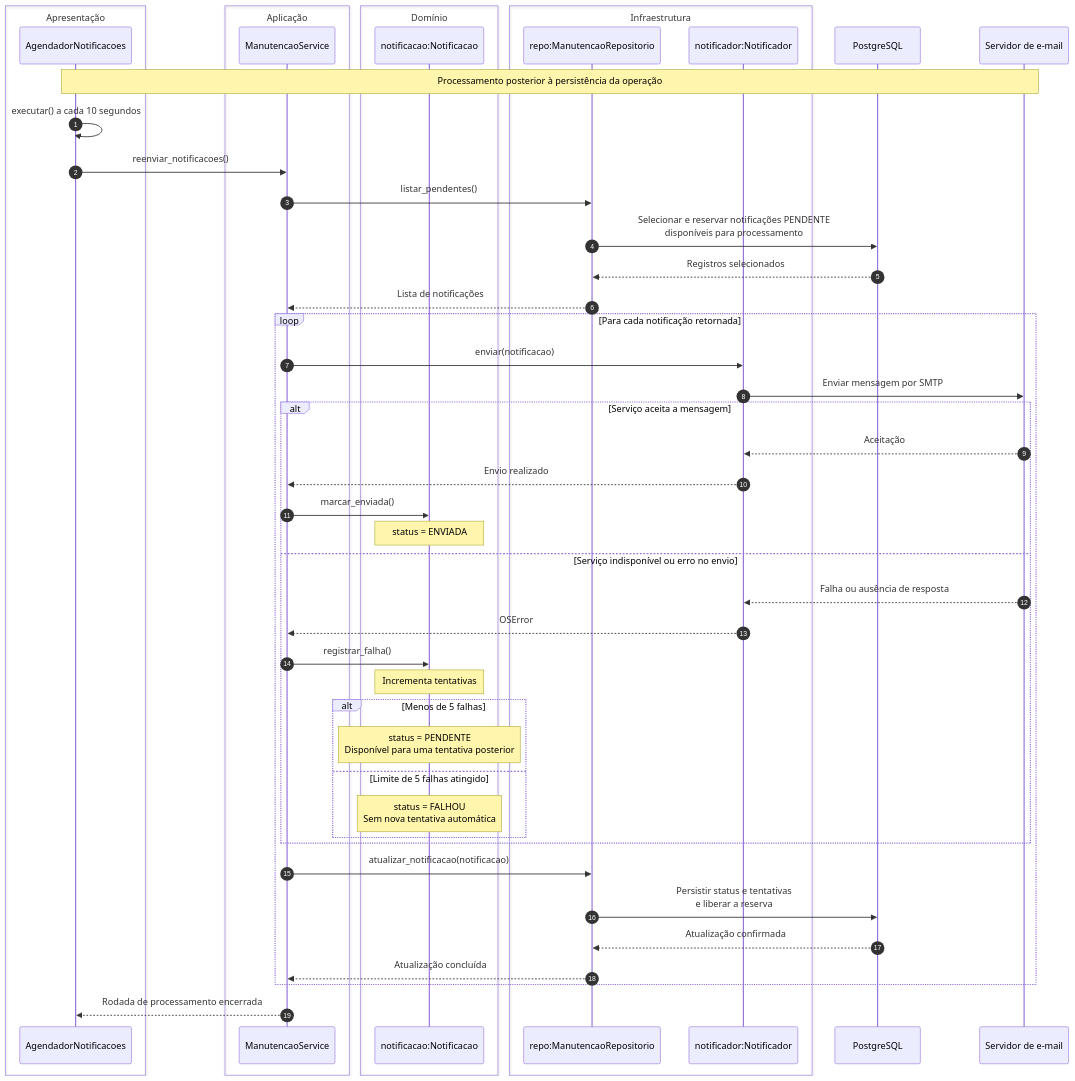
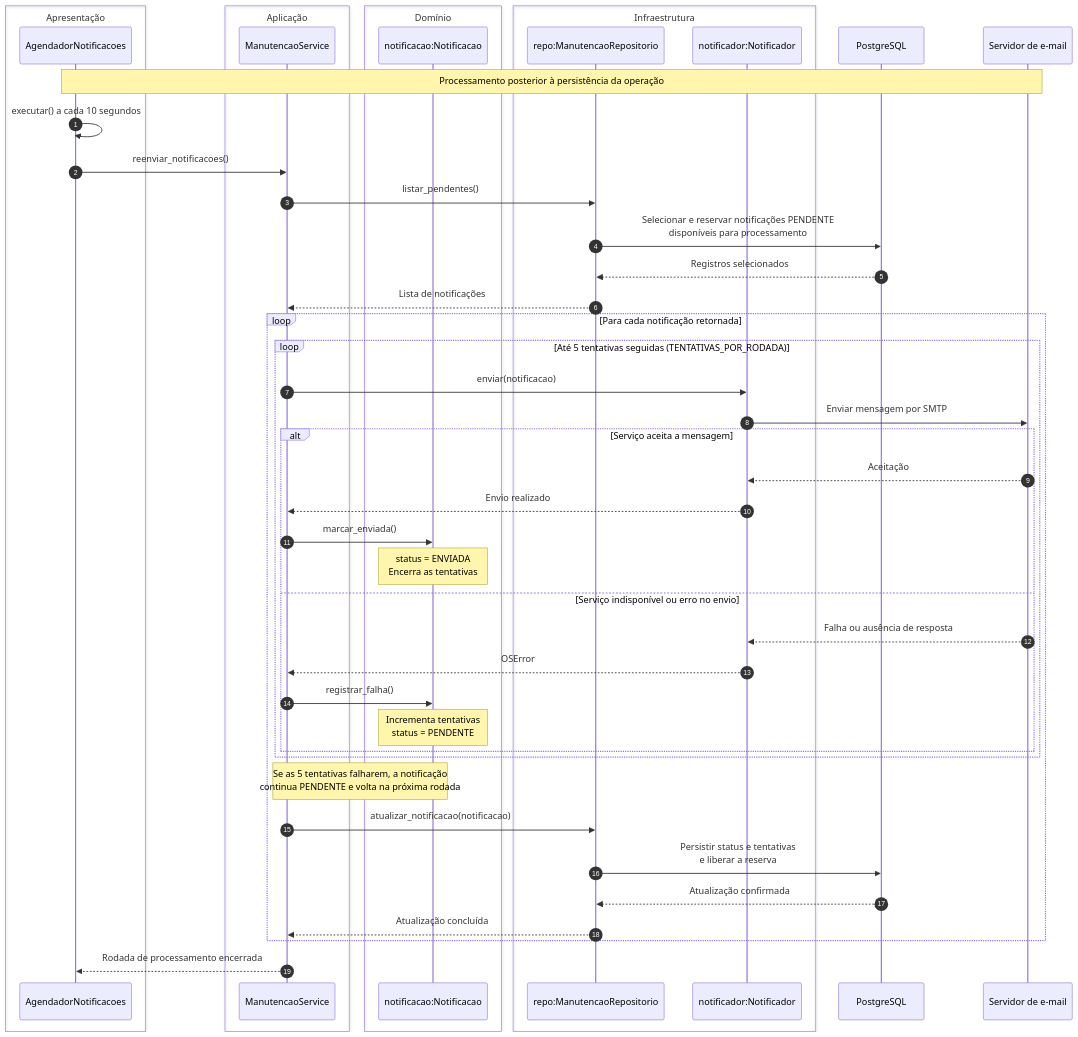
One commit to nadialobkov/trabalho-design-software changed the second of 2 diagrams in docs/diagramas/sequencia.md. Above: the diagram before and after it, drawn with Mermaid. The commit also changed other lines of this file and 21 other files, not shown here.

First line of the commit message:
Reenvia notificações sem limite e conserta os testes

````diff
--- a/docs/diagramas/sequencia.md
+++ b/docs/diagramas/sequencia.md
@@ -133,56 +133,54 @@
 ```mermaid
 sequenceDiagram
     autonumber
     box Apresentação
         participant A as AgendadorNotificacoes
     end
     box Aplicação
         participant S as ManutencaoService
     end
     box Domínio
         participant N as notificacao:Notificacao
     end
     box Infraestrutura
         participant R as repo:ManutencaoRepositorio
         participant E as notificador:Notificador
     end
     participant DB as PostgreSQL
     participant SMTP as Servidor de e-mail
 
     Note over A,SMTP: Processamento posterior à persistência da operação
     A->>A: executar() a cada 10 segundos
     A->>S: reenviar_notificacoes()
     S->>R: listar_pendentes()
     R->>DB: Selecionar e reservar notificações PENDENTE<br/>disponíveis para processamento
     DB-->>R: Registros selecionados
     R-->>S: Lista de notificações
 
     loop Para cada notificação retornada
-        S->>E: enviar(notificacao)
-        E->>SMTP: Enviar mensagem por SMTP
+        loop Até 5 tentativas seguidas (TENTATIVAS_POR_RODADA)
+            S->>E: enviar(notificacao)
+            E->>SMTP: Enviar mensagem por SMTP
 
-        alt Serviço aceita a mensagem
-            SMTP-->>E: Aceitação
-            E-->>S: Envio realizado
-            S->>N: marcar_enviada()
-            Note over N: status = ENVIADA
-        else Serviço indisponível ou erro no envio
-            SMTP-->>E: Falha ou ausência de resposta
-            E-->>S: OSError
-            S->>N: registrar_falha()
-            Note over N: Incrementa tentativas
-            alt Menos de 5 falhas
-                Note over N: status = PENDENTE<br/>Disponível para uma tentativa posterior
-            else Limite de 5 falhas atingido
-                Note over N: status = FALHOU<br/>Sem nova tentativa automática
+            alt Serviço aceita a mensagem
+                SMTP-->>E: Aceitação
+                E-->>S: Envio realizado
+                S->>N: marcar_enviada()
+                Note over N: status = ENVIADA<br/>Encerra as tentativas
+            else Serviço indisponível ou erro no envio
+                SMTP-->>E: Falha ou ausência de resposta
+                E-->>S: OSError
+                S->>N: registrar_falha()
+                Note over N: Incrementa tentativas<br/>status = PENDENTE
             end
         end
+        Note over S,N: Se as 5 tentativas falharem, a notificação<br/>continua PENDENTE e volta na próxima rodada
 
         S->>R: atualizar_notificacao(notificacao)
         R->>DB: Persistir status e tentativas<br/>e liberar a reserva
         DB-->>R: Atualização confirmada
         R-->>S: Atualização concluída
     end
 
     S-->>A: Rodada de processamento encerrada
 ```
````
